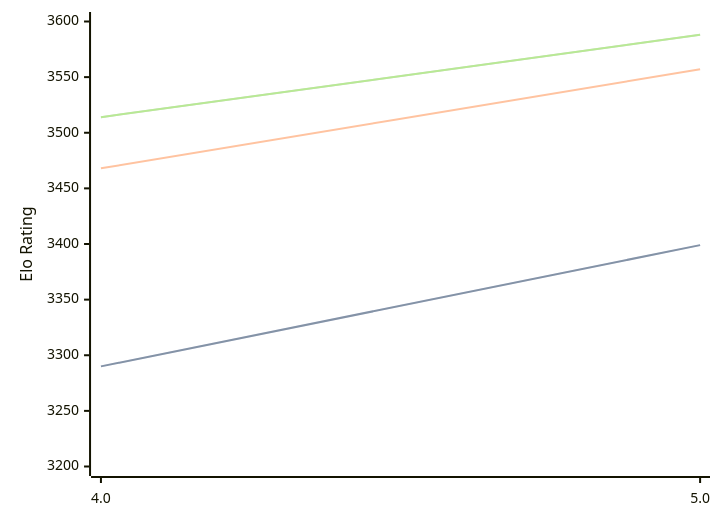
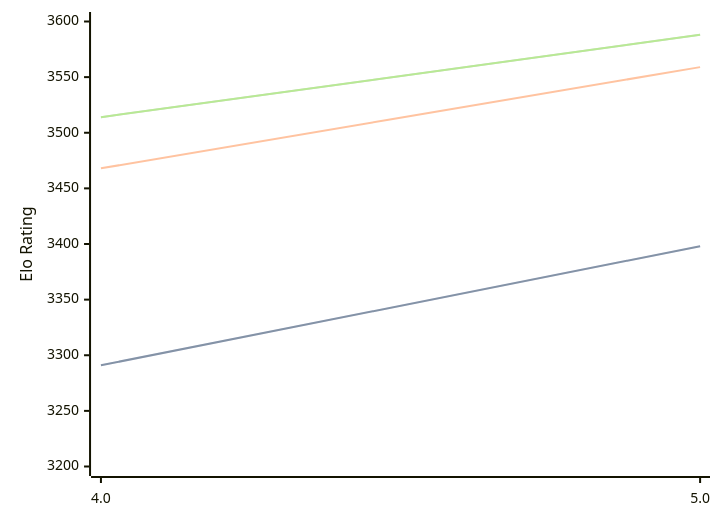
The diagram in engines/Tarnished.md (computer-chess-index/cci), drawn with Mermaid before and after one commit. The commit also changed other lines of this file, not shown here.

Commit message:
Update CCI Ratings (ELO VLTC) - 2026-02-19

````diff
--- a/engines/Tarnished.md
+++ b/engines/Tarnished.md
@@ -33,11 +33,11 @@
 ```mermaid
 %%{init: {"theme":"base","themeVariables":{"seriesColors:['#a3a3a3','#222221','#faa371']}}}%%
 xychart-beta
   x-axis ["4.0", "5.0"]
   y-axis "Elo Rating" 3200 --> 3600
-  line "STC (8.0+0.08s)" [3290, 3399]
-  line "STC (8.0+0.08s)" [3290, 3399]
-  line "LTC (60.0+0.60s)" [3468, 3557]
+  line "STC (8.0+0.08s)" [3291, 3398]
+  line "STC (8.0+0.08s)" [3291, 3398]
+  line "LTC (60.0+0.60s)" [3468, 3559]
   line "VLTC (2m24s+1.12s)" [3514, 3588]
   line "VLTC (2m24s+1.12s)" [3514, 3588]
 ```
````
